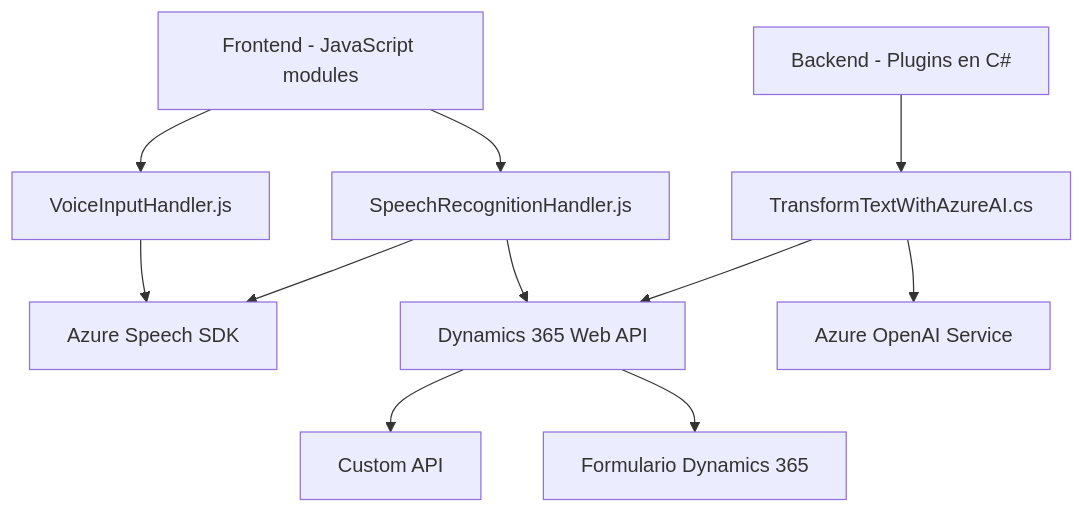
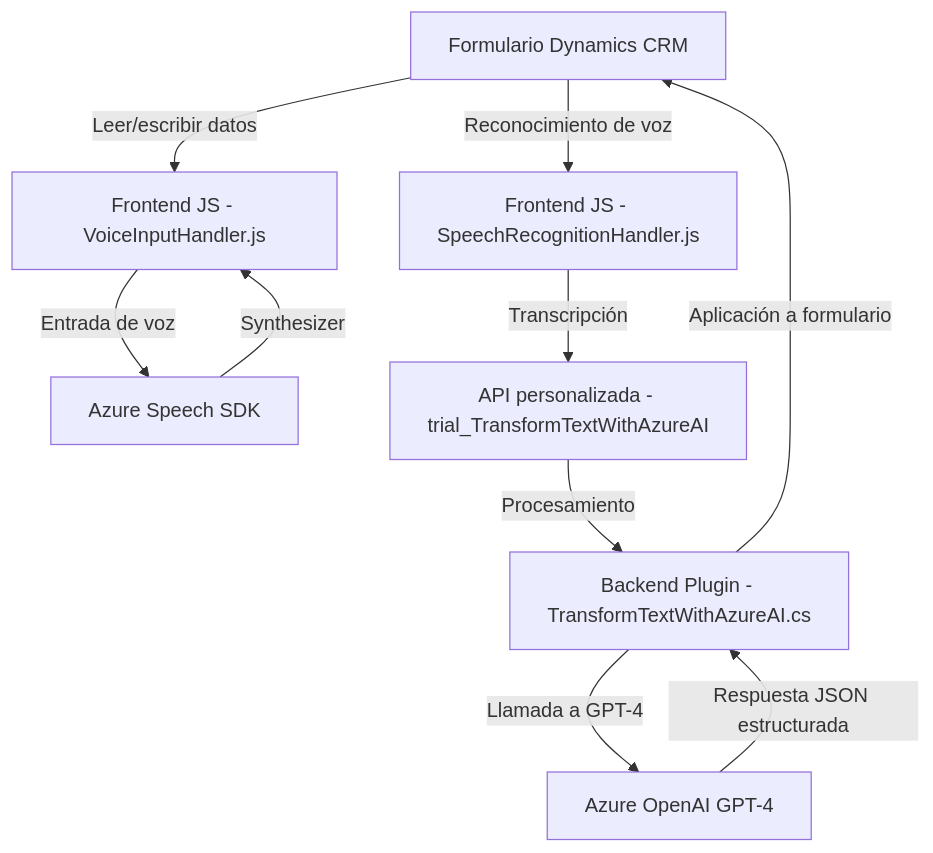
One commit to blopezdm/NETCORE_BILBAO2025 changed the diagram in README.md. Above: the diagram before and after it, drawn with Mermaid. The commit also changed other lines of this file, not shown here.

````diff
--- a/README.md
+++ b/README.md
@@ -35,24 +31,20 @@
 ```mermaid
 graph TD
-    A["Frontend - JavaScript modules"]
-    B["VoiceInputHandler.js"]
-    C["SpeechRecognitionHandler.js"]
+    A["Formulario Dynamics CRM"]
+    B["Frontend JS - VoiceInputHandler.js"]
+    C["Frontend JS - SpeechRecognitionHandler.js"]
     D["Azure Speech SDK"]
-    E["Dynamics 365 Web API"]
-    F["Backend - Plugins en C#"]
-    G["TransformTextWithAzureAI.cs"]
-    H["Azure OpenAI Service"]
-    I["Formulario Dynamics 365"]
-    J["Custom API"]
-
-    A --> B
-    A --> C
-    B --> D
-    C --> D
-    C --> E
-    E --> J
-    F --> G
-    G --> H
-    G --> E
-    E --> I
+    E["API personalizada - trial_TransformTextWithAzureAI"]
+    F["Backend Plugin - TransformTextWithAzureAI.cs"]
+    G["Azure OpenAI GPT-4"]
+    
+    A -->|Leer/escribir datos| B
+    B -->|Entrada de voz| D
+    D -->|Synthesizer| B
+    A -->|Reconocimiento de voz| C
+    C -->|Transcripción| E
+    E -->|Procesamiento| F
+    F -->|Llamada a GPT-4| G
+    G -->|Respuesta JSON estructurada| F
+    F -->|Aplicación a formulario| A
 ```
````
